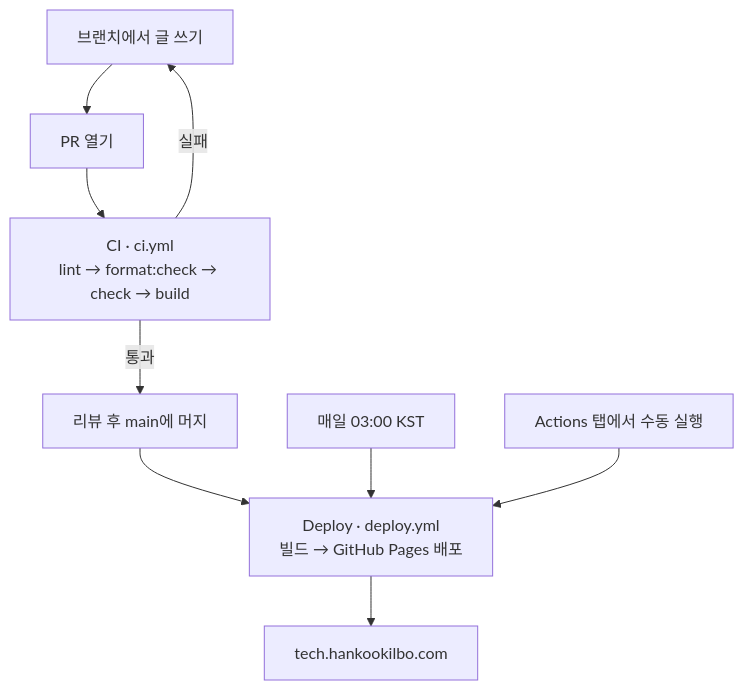
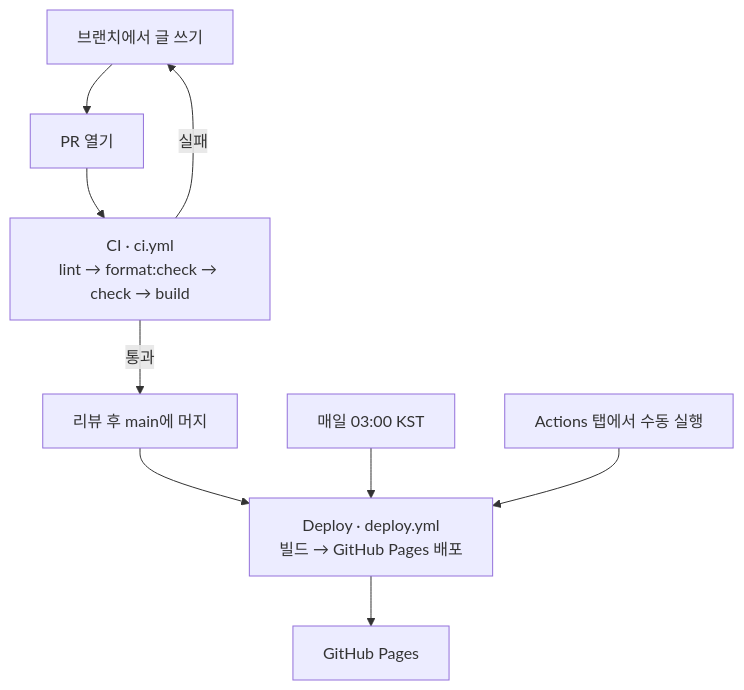
The first of 2 diagrams in README.md (hkilbo/hk-techblog-client), drawn with Mermaid before and after one commit. The commit also changed other lines of this file and 27 other files, not shown here.

First line of the commit message:
fix: GitHub Pages 하위 경로에서 깨지던 스타일·링크 수정

````diff
--- a/README.md
+++ b/README.md
@@ -124,11 +125,11 @@
 ```mermaid
 flowchart TD
     A["브랜치에서 글 쓰기"] --> B["PR 열기"]
     B --> C["CI · ci.yml<br/>lint → format:check → check → build"]
     C -->|실패| A
     C -->|통과| D["리뷰 후 main에 머지"]
     D --> E["Deploy · deploy.yml<br/>빌드 → GitHub Pages 배포"]
     S["매일 03:00 KST"] --> E
     M["Actions 탭에서 수동 실행"] --> E
-    E --> F["tech.hankookilbo.com"]
+    E --> F["GitHub Pages"]
 ```
````
